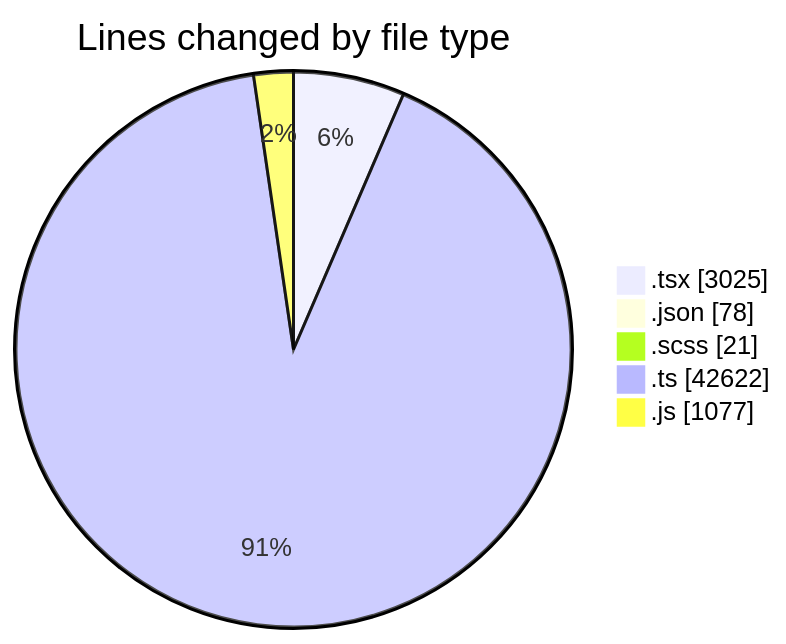
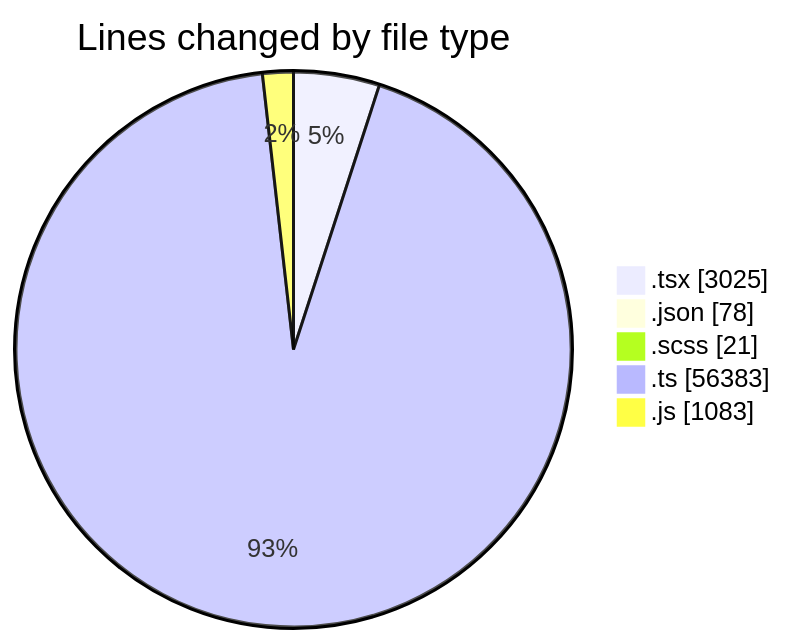
The first of 2 diagrams in 2026-09-29/cda/README.md (momahboobian/code-tracking), drawn with Mermaid before and after one commit. The commit also changed other lines of this file and 1 other file, not shown here.

````diff
--- a/2026-09-29/cda/README.md
+++ b/2026-09-29/cda/README.md
@@ -43,9 +46,9 @@
 ```mermaid
 pie showData
 title Lines changed by file type
 ".tsx" : 3025
 ".json" : 78
 ".scss" : 21
-".ts" : 42622
-".js" : 1077
+".ts" : 56383
+".js" : 1083
 ```
````
